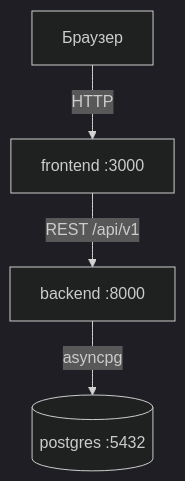
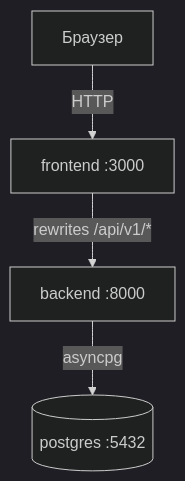
The first of 2 diagrams in docs/concept/architecture.md (akozhin/ai-for-developers-project-386), drawn with Mermaid (dark theme) before and after one commit. The commit also changed other lines of this file and 12 other files, not shown here.

````diff
--- a/docs/concept/architecture.md
+++ b/docs/concept/architecture.md
@@ -19,6 +19,6 @@
 ```mermaid
 graph TB
     Browser[Браузер] -->|HTTP| FE[frontend :3000]
-    FE -->|REST /api/v1| BE[backend :8000]
+    FE -->|rewrites /api/v1/*| BE[backend :8000]
     BE -->|asyncpg| DB[(postgres :5432)]
 ```
````
